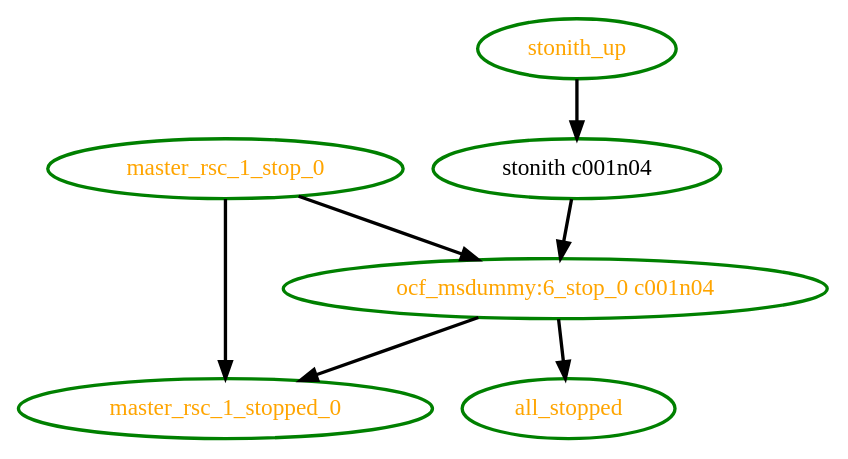
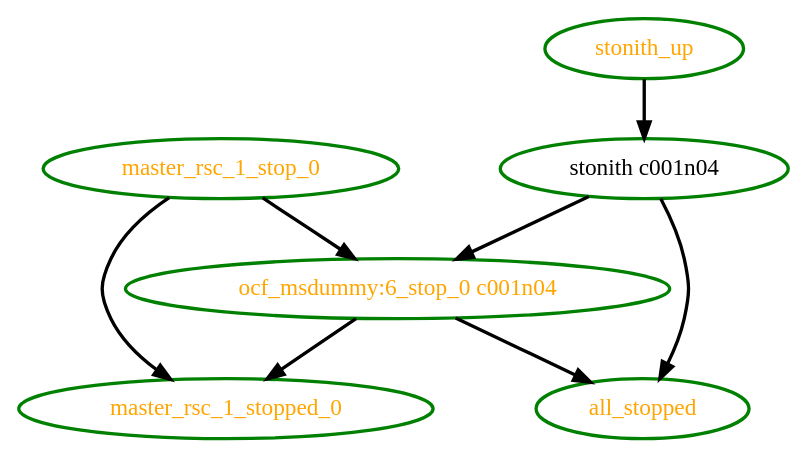
The diagram in crm/pengine/testcases/rec-node-13.dot (richiewen8/heartbeat), drawn with Graphviz before and after one commit. The commit also changed 47 other files, not shown here.

Commit message:
PE: Streamline STONITH ordering. Make sure 'all_stopped' depends on all STONITH ops.

```diff
--- a/crm/pengine/testcases/rec-node-13.dot
+++ b/crm/pengine/testcases/rec-node-13.dot
@@ -1,14 +1,15 @@
  digraph "g" {
 "all_stopped" [ style=bold color="green" fontcolor="orange"  ]
 "master_rsc_1_stop_0" -> "master_rsc_1_stopped_0" [ style = bold]
 "master_rsc_1_stop_0" -> "ocf_msdummy:6_stop_0 c001n04" [ style = bold]
 "master_rsc_1_stop_0" [ style=bold color="green" fontcolor="orange" ]
 "master_rsc_1_stopped_0" [ style=bold color="green" fontcolor="orange" ]
 "ocf_msdummy:6_stop_0 c001n04" -> "all_stopped" [ style = bold]
 "ocf_msdummy:6_stop_0 c001n04" -> "master_rsc_1_stopped_0" [ style = bold]
 "ocf_msdummy:6_stop_0 c001n04" [ style=bold color="green" fontcolor="orange" ]
+"stonith c001n04" -> "all_stopped" [ style = bold]
 "stonith c001n04" -> "ocf_msdummy:6_stop_0 c001n04" [ style = bold]
 "stonith c001n04" [ style=bold color="green" fontcolor="black" ]
 "stonith_up" -> "stonith c001n04" [ style = bold]
 "stonith_up" [ style=bold color="green" fontcolor="orange"  ]
 }
```
